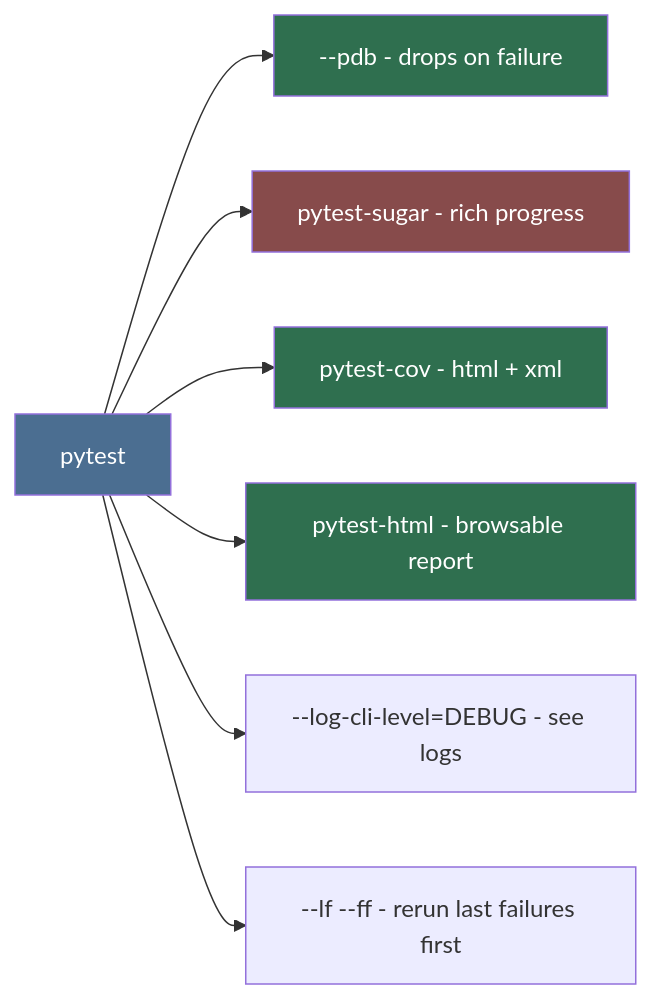
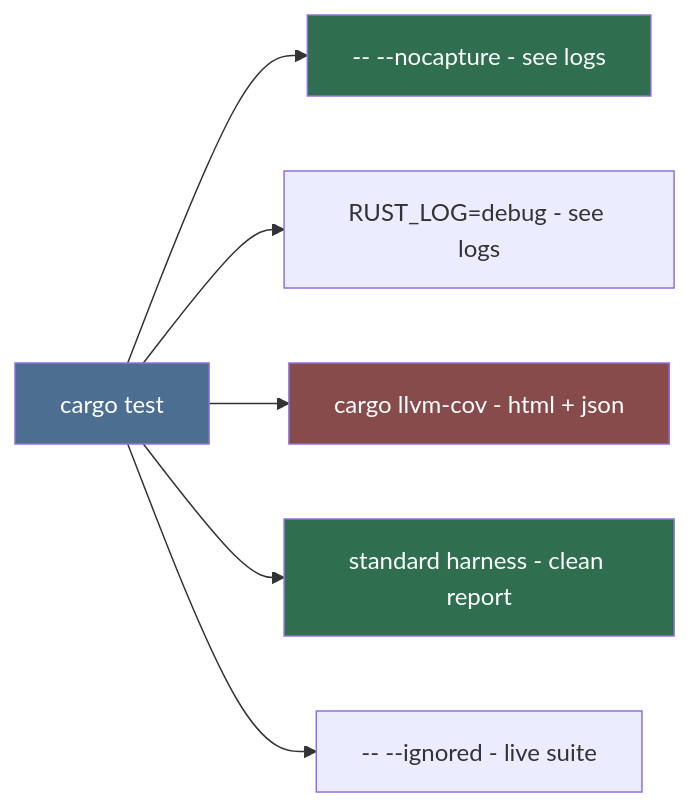
One commit to HELIX-Origin/LewdZone-Launcher changed the second of 2 diagrams in .agents/agents/testing/test-suite-architect/test-suite-architect.md. Above: the diagram before and after it, drawn with Mermaid. The commit also changed other lines of this file and 217 other files, not shown here.

````diff
--- a/.agents/agents/testing/test-suite-architect/test-suite-architect.md
+++ b/.agents/agents/testing/test-suite-architect/test-suite-architect.md
@@ -85,15 +78,13 @@
 ```mermaid
 flowchart LR
-    P[pytest] --> O[--pdb - drops on failure]
-    P --> S[pytest-sugar - rich progress]
-    P --> C[pytest-cov - html + xml]
-    P --> H[pytest-html - browsable report]
-    P --> L["--log-cli-level=DEBUG - see logs"]
-    P --> V[--lf --ff - rerun last failures first]
+    P[cargo test] --> O["-- --nocapture - see logs"]
+    P --> L["RUST_LOG=debug - see logs"]
+    P --> C[cargo llvm-cov - html + json]
+    P --> N[standard harness - clean report]
+    P --> V[-- --ignored - live suite]
 
     style P fill:#4b6e91,color:#fff
     style O fill:#2f6f4f,color:#fff
-    style S fill:#874b4b,color:#fff
-    style C fill:#2f6f4f,color:#fff
-    style H fill:#2f6f4f,color:#fff
+    style C fill:#874b4b,color:#fff
+    style N fill:#2f6f4f,color:#fff
 ```
````
